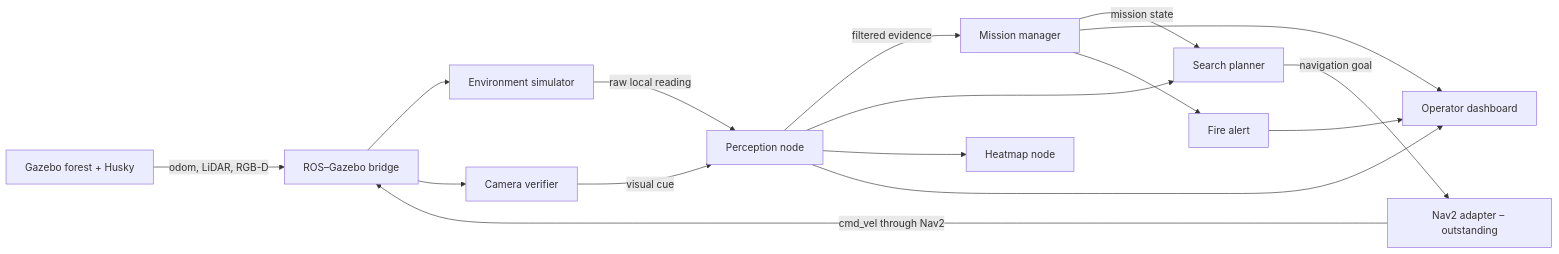
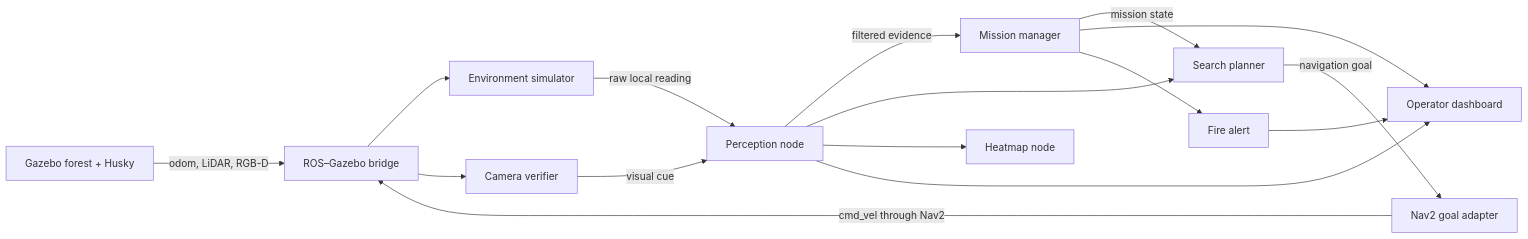
The diagram in docs/architecture.md (elsayeddd/Robotics-Studio-1), drawn with Mermaid before and after one commit. The commit also changed other lines of this file and 7 other files, not shown here.

````diff
--- a/docs/architecture.md
+++ b/docs/architecture.md
@@ -7,18 +7,18 @@
 ```mermaid
 flowchart LR
     GZ["Gazebo forest + Husky"] -->|odom, LiDAR, RGB-D| BR["ROS–Gazebo bridge"]
     BR --> ENV["Environment simulator"]
     ENV -->|raw local reading| PER["Perception node"]
     BR --> CAM["Camera verifier"]
     CAM -->|visual cue| PER
     PER -->|filtered evidence| MM["Mission manager"]
     MM -->|mission state| SEARCH["Search planner"]
     PER --> SEARCH
-    SEARCH -->|navigation goal| NAV["Nav2 adapter – outstanding"]
+    SEARCH -->|navigation goal| NAV["Nav2 goal adapter"]
     NAV -->|cmd_vel through Nav2| BR
     PER --> MAP["Heatmap node"]
     MM --> UI["Operator dashboard"]
     PER --> UI
     MM --> ALERT["Fire alert"]
     ALERT --> UI
 ```
````
